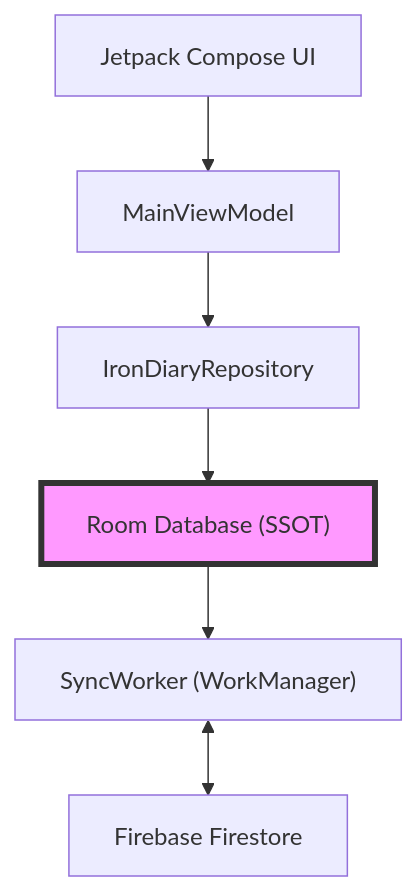
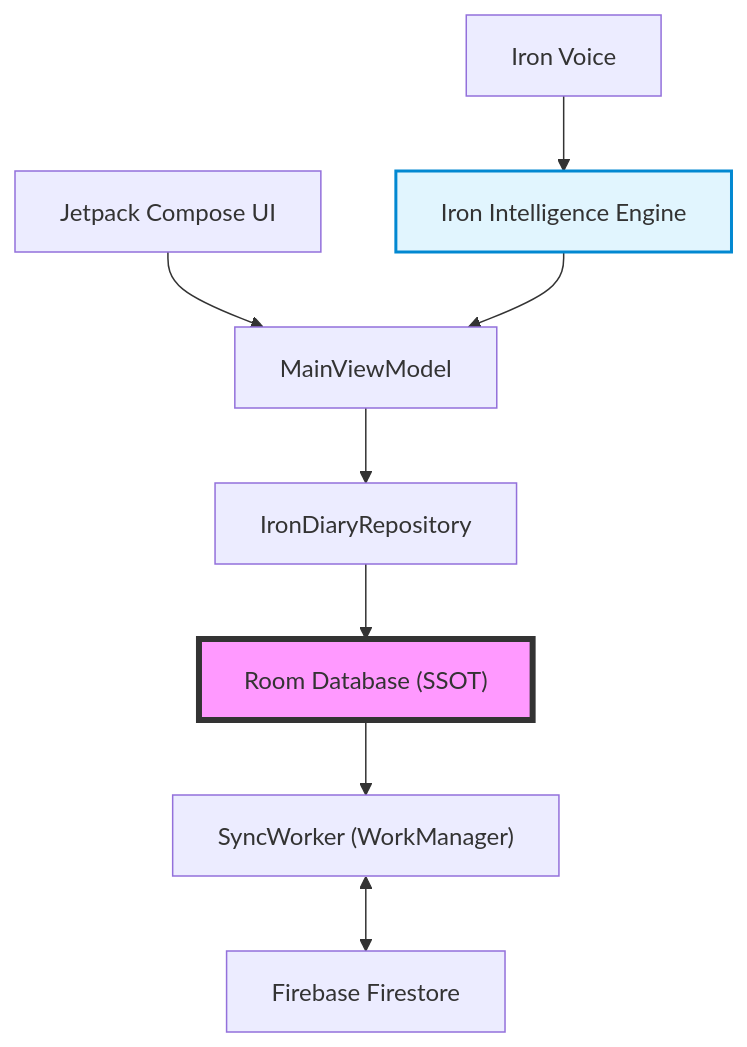
Before and after one commit to pranavbairollu/IronDiary: the diagram in README.md, drawn with Mermaid.

Commit message:
docs: Update architecture diagram in README to include Voice and Intelligence Engine

````diff
--- a/README.md
+++ b/README.md
@@ -33,10 +33,13 @@
 ```mermaid
 graph TD
     UI["Jetpack Compose UI"] --> VM["MainViewModel"]
+    Voice["Iron Voice"] --> Engine["Iron Intelligence Engine"]
+    Engine --> VM
     VM --> Repo["IronDiaryRepository"]
     Repo --> Room["Room Database (SSOT)"]
     Room --> Sync["SyncWorker (WorkManager)"]
     Sync <--> Firestore["Firebase Firestore"]
     
     style Room fill:#f9f,stroke:#333,stroke-width:4px
+    style Engine fill:#e1f5fe,stroke:#0288d1,stroke-width:2px
 ```
````
